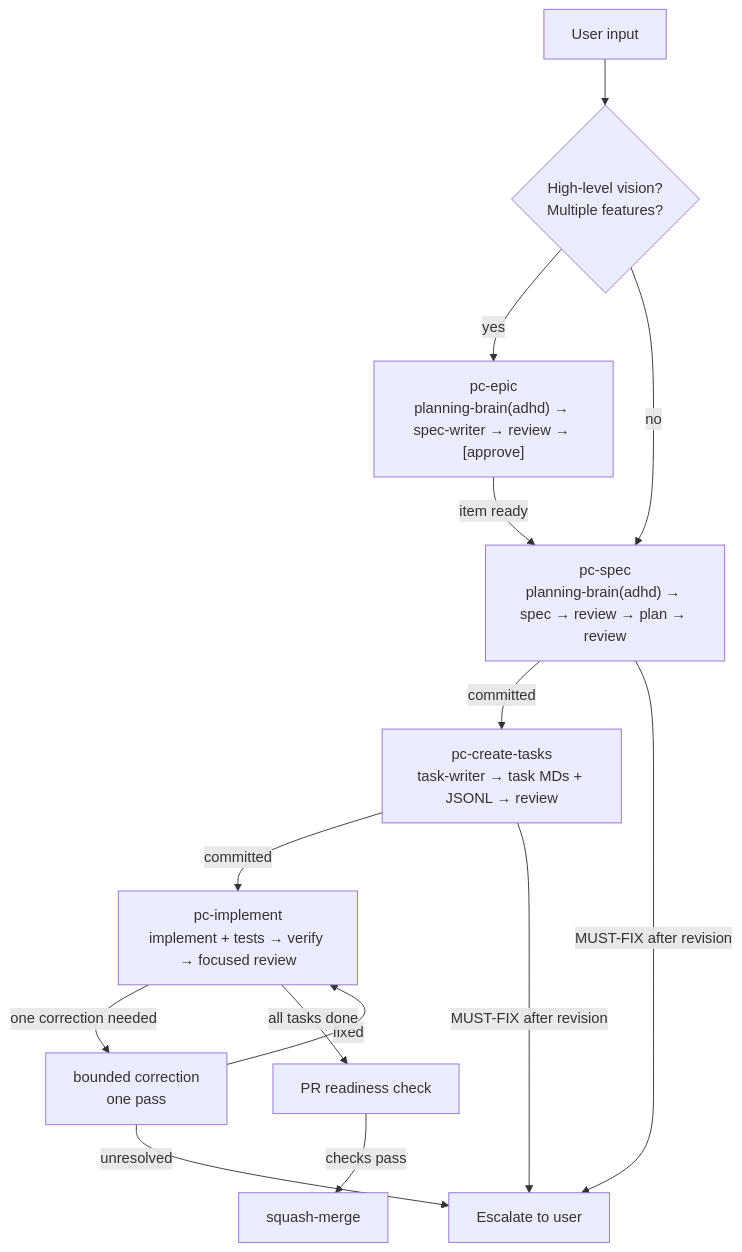
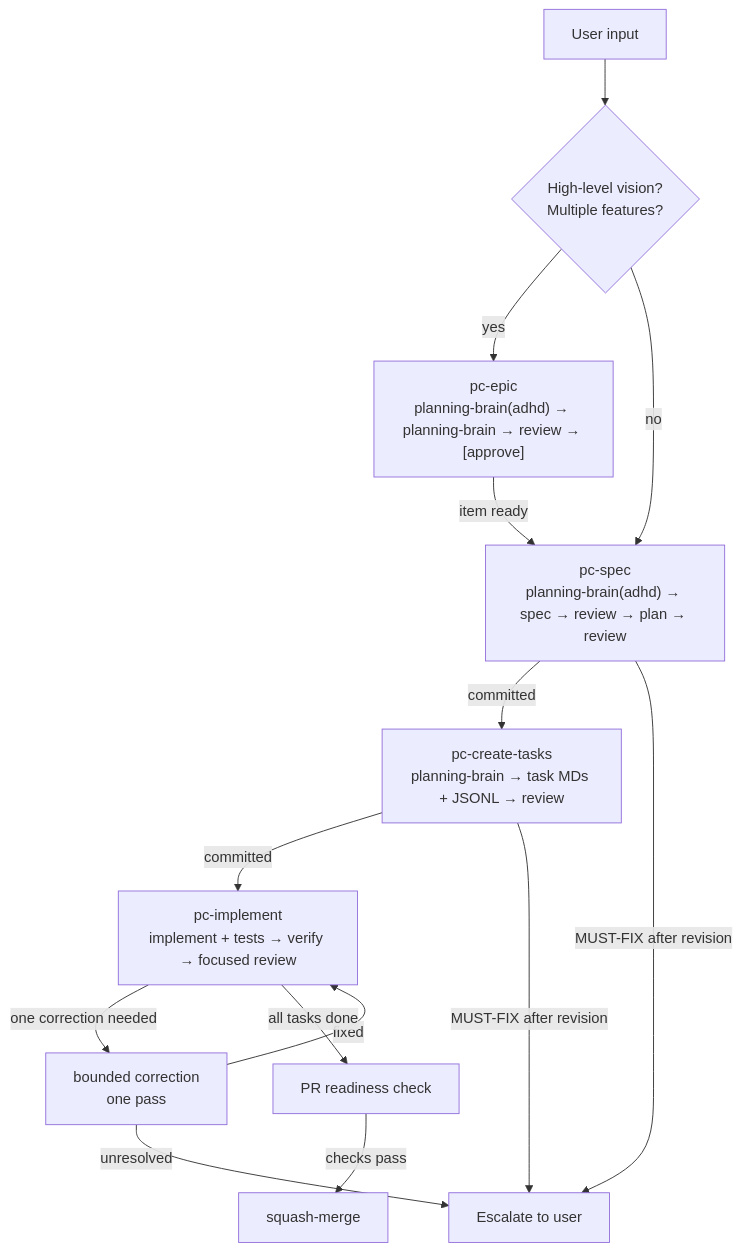
Before and after one commit to bperin/project-context: the first of 3 diagrams in src/workflows/overview.md, drawn with Mermaid. The commit also changed other lines of this file and 16 other files, not shown here.

First line of the commit message:
feat: merge writers into planning-brain — one agent thinks and writes

````diff
--- a/src/workflows/overview.md
+++ b/src/workflows/overview.md
@@ -5,16 +5,16 @@
 ```mermaid
 flowchart TD
     INPUT["User input"] --> EPIC{"High-level vision?<br/>Multiple features?"}
-    EPIC -->|yes| ROADW["pc-epic<br/>planning-brain(adhd) → spec-writer → review → [approve]"]
+    EPIC -->|yes| ROADW["pc-epic<br/>planning-brain(adhd) → planning-brain → review → [approve]"]
     EPIC -->|no| PLANW["pc-spec<br/>planning-brain(adhd) → spec → review → plan → review"]
     ROADW -->|item ready| PLANW
-    PLANW -->|committed| TASKW["pc-create-tasks<br/>task-writer → task MDs + JSONL → review"]
+    PLANW -->|committed| TASKW["pc-create-tasks<br/>planning-brain → task MDs + JSONL → review"]
     TASKW -->|committed| IMPL["pc-implement<br/>implement + tests → verify → focused review"]
     IMPL -->|one correction needed| TF["bounded correction<br/>one pass"]
     TF -->|fixed| IMPL
     TF -->|unresolved| ESC["Escalate to user"]
     IMPL -->|all tasks done| PR["PR readiness check"]
     PR -->|checks pass| MERGE["squash-merge"]
     PLANW -->|MUST-FIX after revision| ESC
     TASKW -->|MUST-FIX after revision| ESC
 ```
````
